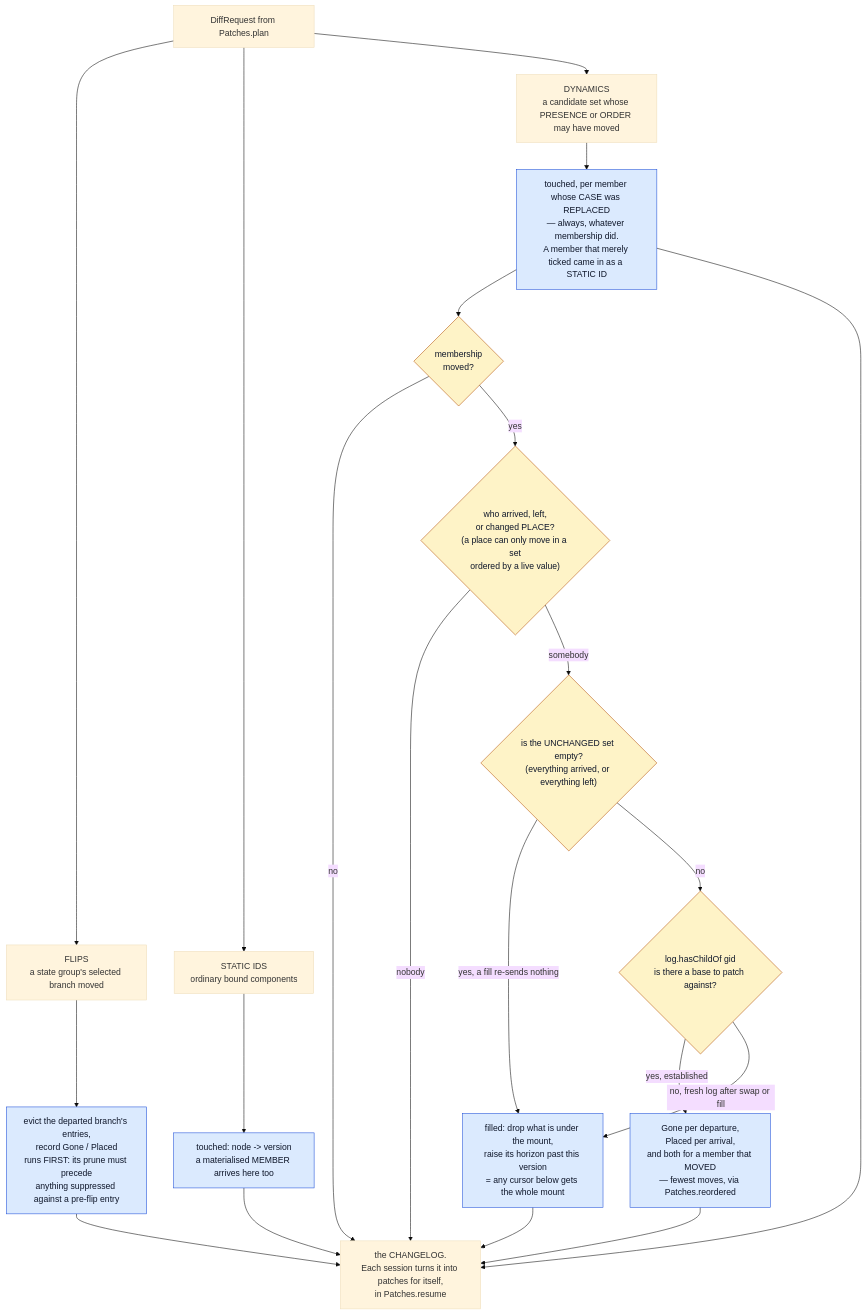
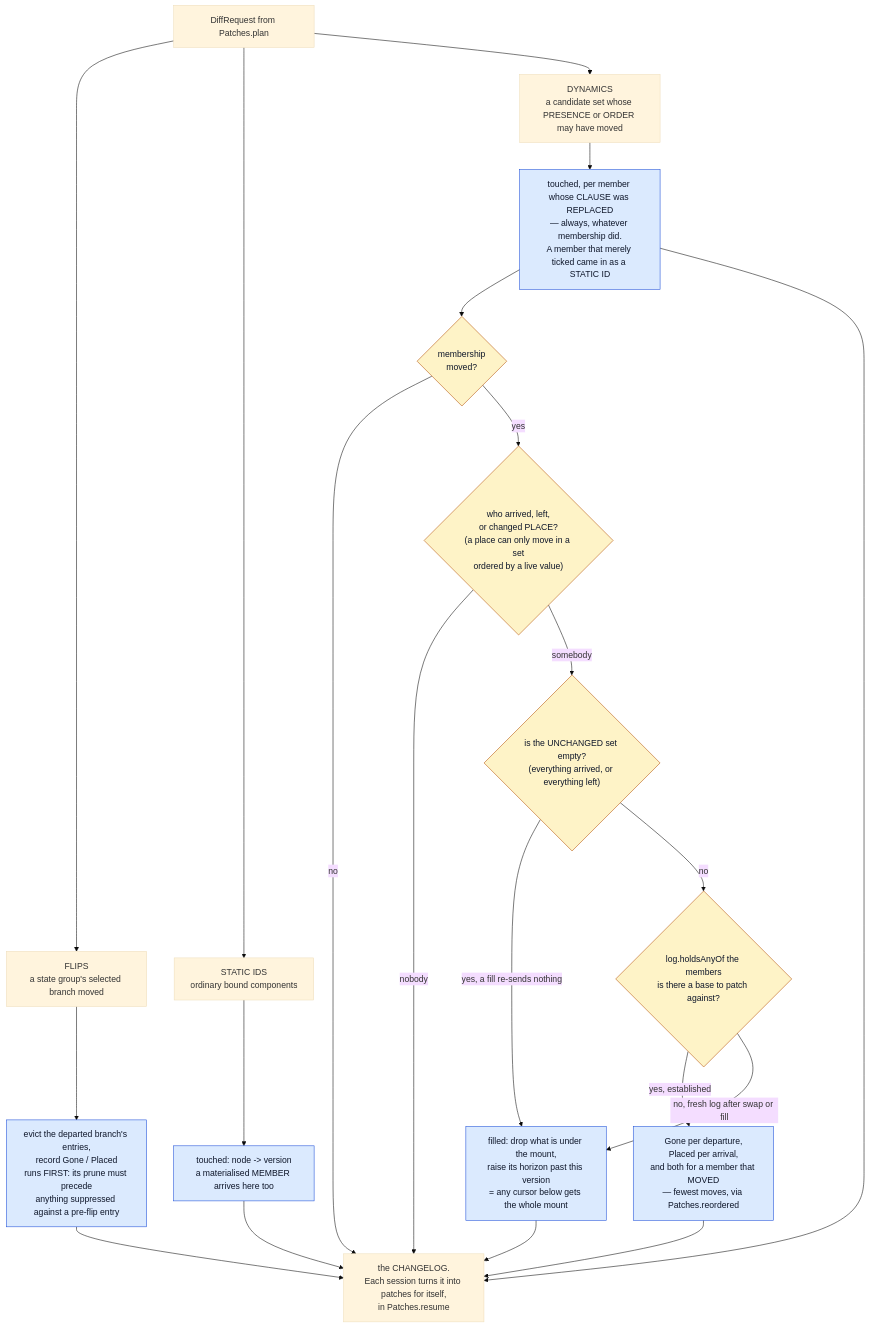
Before and after one commit to perok/functional-home-assistant: the second of 3 diagrams in docs/architecture-rendering-pipeline.md, drawn with Mermaid (base theme). The commit also changed other lines of this file and 13 other files, not shown here.

````diff
--- a/docs/architecture-rendering-pipeline.md
+++ b/docs/architecture-rendering-pipeline.md
@@ -306,34 +306,34 @@
 ```mermaid
 flowchart TB
   REQ["DiffRequest from Patches.plan"]
 
   REQ --> FLIP["FLIPS<br/>a state group's selected branch moved"]
   REQ --> STAT["STATIC IDS<br/>ordinary bound components"]
   REQ --> DYN["DYNAMICS<br/>a candidate set whose PRESENCE or ORDER may have moved"]
 
   FLIP --> FLIPW["evict the departed branch's entries,<br/>record Gone / Placed<br/>runs FIRST: its prune must precede<br/>anything suppressed against a pre-flip entry"]
 
   STAT --> STATW["touched: node -&gt; version<br/>a materialised MEMBER arrives here too"]
 
-  DYN --> REPL["touched, per member whose CASE was REPLACED<br/>— always, whatever membership did.<br/>A member that merely ticked came in as a STATIC ID"]
+  DYN --> REPL["touched, per member whose CLAUSE was REPLACED<br/>— always, whatever membership did.<br/>A member that merely ticked came in as a STATIC ID"]
   REPL --> SAME{"membership<br/>moved?"}
   SAME -->|no| OUT
   SAME -->|yes| SET{"who arrived, left,<br/>or changed PLACE?<br/>(a place can only move in a set<br/>ordered by a live value)"}
   SET -->|nobody| OUT
   SET -->|somebody| CHURN{"is the UNCHANGED set empty?<br/>(everything arrived, or everything left)"}
   CHURN -->|yes, a fill re-sends nothing| FILL["filled: drop what is under the mount,<br/>raise its horizon past this version<br/>= any cursor below gets the whole mount"]
-  CHURN -->|no| EST{"log.hasChildOf gid<br/>is there a base to patch against?"}
+  CHURN -->|no| EST{"log.holdsAnyOf the members<br/>is there a base to patch against?"}
   EST -->|yes, established| DELTA["Gone per departure,<br/>Placed per arrival,<br/>and both for a member that MOVED<br/>— fewest moves, via Patches.reordered"]
   EST -->|no, fresh log after swap or fill| FILL
 
   FLIPW --> OUT["the CHANGELOG.<br/>Each session turns it into patches for itself,<br/>in Patches.resume"]
   STATW --> OUT
   REPL --> OUT
   FILL --> OUT
   DELTA --> OUT
 
   classDef write fill:#dbeafe,stroke:#1d4ed8,color:#0f172a
   classDef q fill:#fef3c7,stroke:#b45309,color:#0f172a
   class FLIPW,STATW,REPL,FILL,DELTA write
   class SAME,SET,CHURN,EST q
 ```
````
